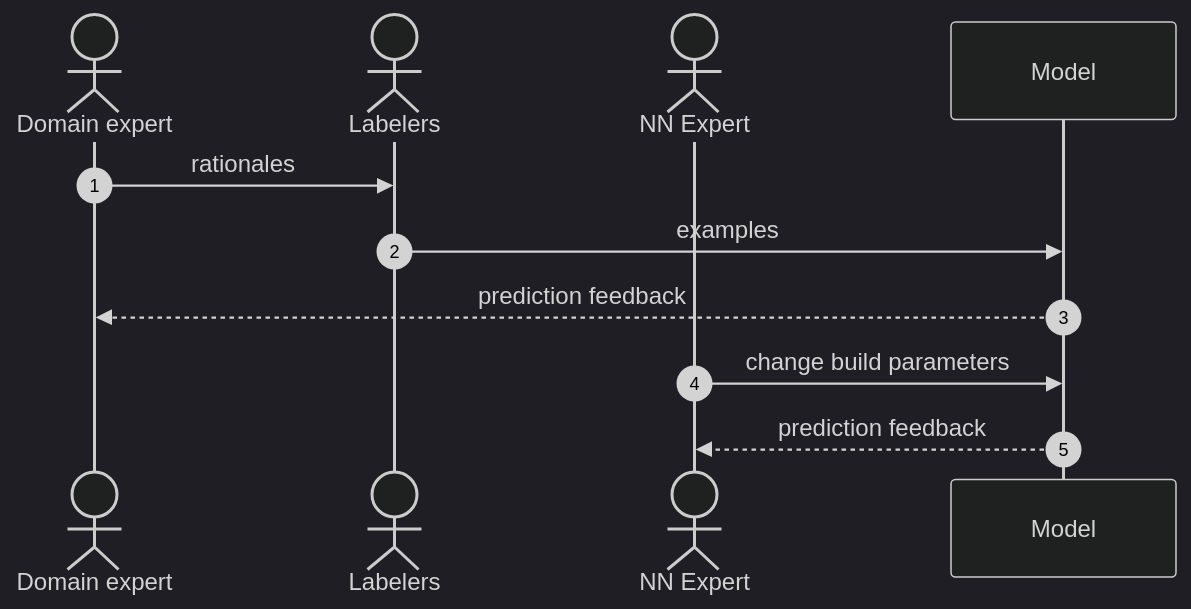
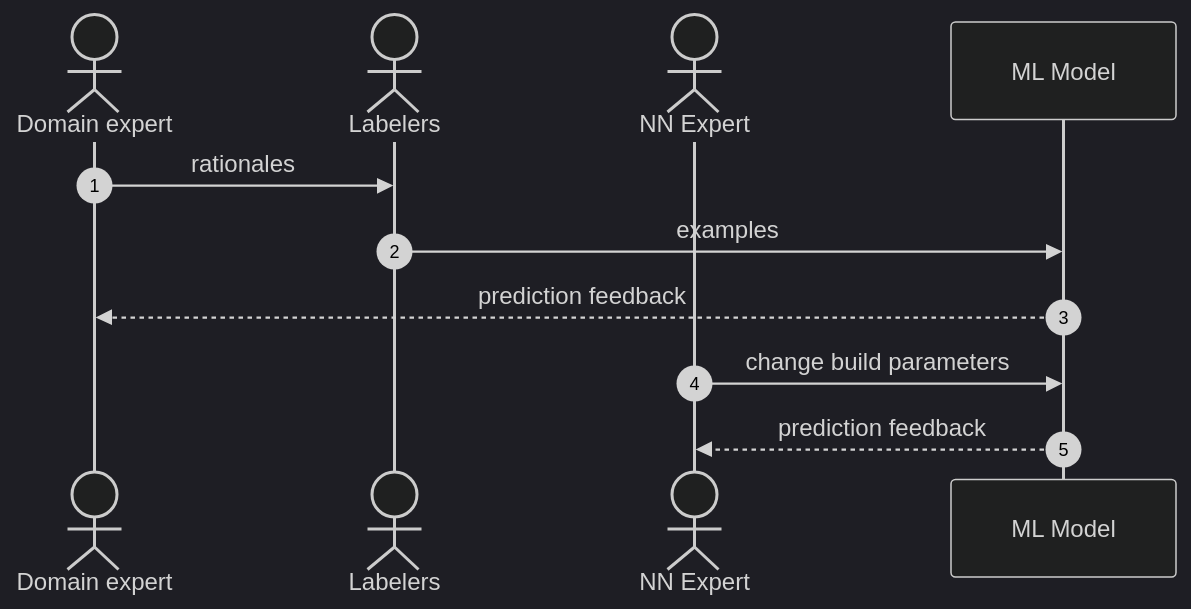
One commit to borisdev/research changed the first of 2 diagrams in tune-chatgpt/README.md. Above: the diagram before and after it, drawn with Mermaid (dark theme).

Commit message:
ML Model

````diff
--- a/tune-chatgpt/README.md
+++ b/tune-chatgpt/README.md
@@ -41,13 +41,13 @@
 ```mermaid
 sequenceDiagram
     autonumber
     actor E as Domain expert
     actor L as Labelers
     actor NN as NN Expert
-    participant M as Model
+    participant M as ML Model
     E->>L: rationales
     L->>M: examples
     M-->>E: prediction feedback
     NN->>M: change build parameters
     M-->>NN: prediction feedback
 ```
````
